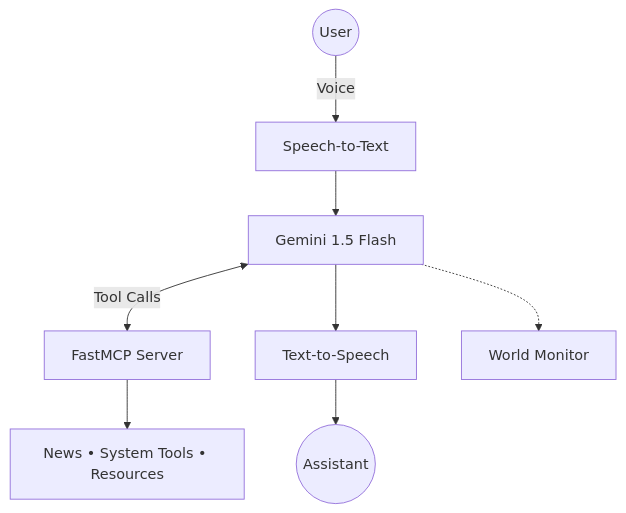
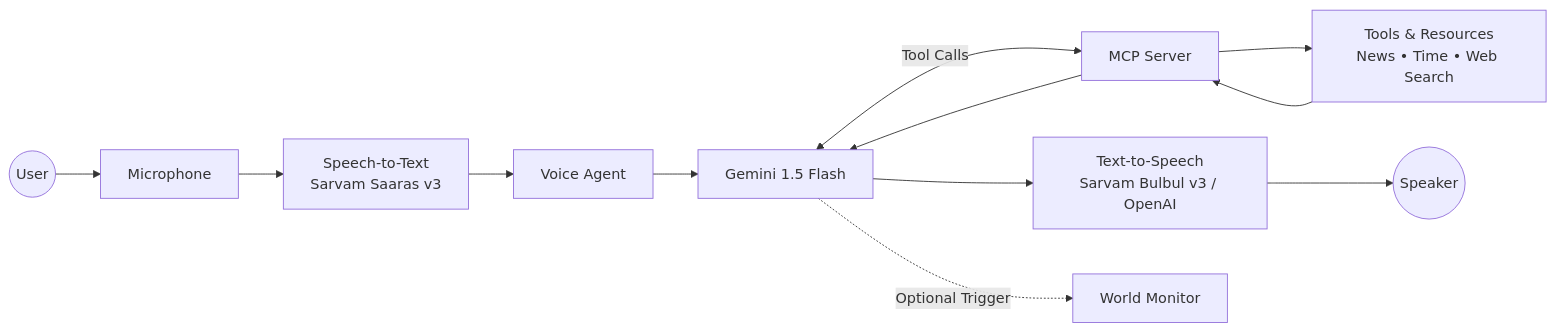
One commit to BM-6337/Project-FRIDAY changed the diagram in README.md. Above: the diagram before and after it, drawn with Mermaid.

````diff
--- a/README.md
+++ b/README.md
@@ -36,14 +36,36 @@
 ```mermaid
-graph TD
-    User((User))
-    User -->|Voice| STT[Speech-to-Text]
-    STT --> LLM[Gemini 1.5 Flash]
+flowchart LR
 
-    LLM <-->|Tool Calls| MCP[FastMCP Server]
-    MCP --> Tools[News • System Tools • Resources]
+    U((User))
+    MIC[Microphone]
+    STT[Speech-to-Text<br/>Sarvam Saaras v3]
 
-    LLM --> TTS[Text-to-Speech]
-    TTS --> Speaker((Assistant))
+    AGENT[Voice Agent]
 
-    LLM -.-> Dashboard[World Monitor]
+    LLM[Gemini 1.5 Flash]
+
+    MCP[MCP Server]
+
+    TOOLS[Tools & Resources<br/>News • Time • Web Search]
+
+    TTS[Text-to-Speech<br/>Sarvam Bulbul v3 / OpenAI]
+
+    SPK((Speaker))
+
+    DASH[World Monitor]
+
+    U --> MIC
+    MIC --> STT
+    STT --> AGENT
+    AGENT --> LLM
+
+    LLM <-->|Tool Calls| MCP
+    MCP --> TOOLS
+    TOOLS --> MCP
+    MCP --> LLM
+
+    LLM --> TTS
+    TTS --> SPK
+
+    LLM -. Optional Trigger .-> DASH
 ```
````
